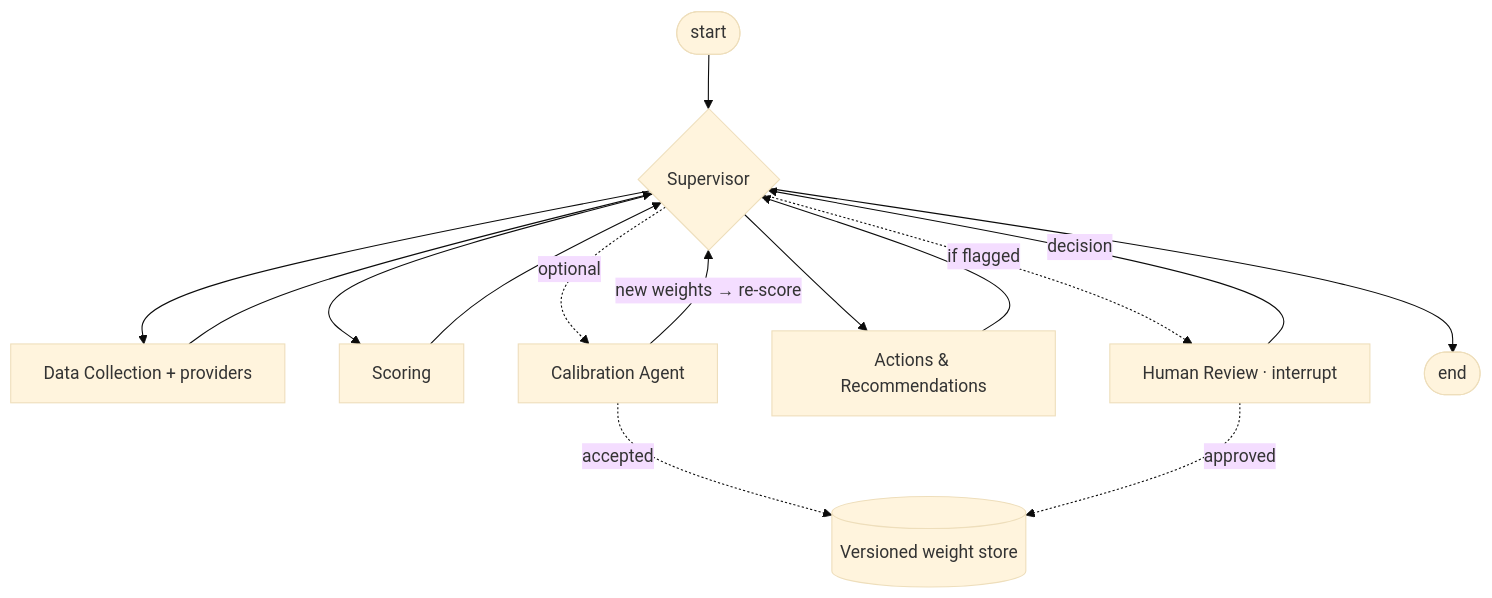
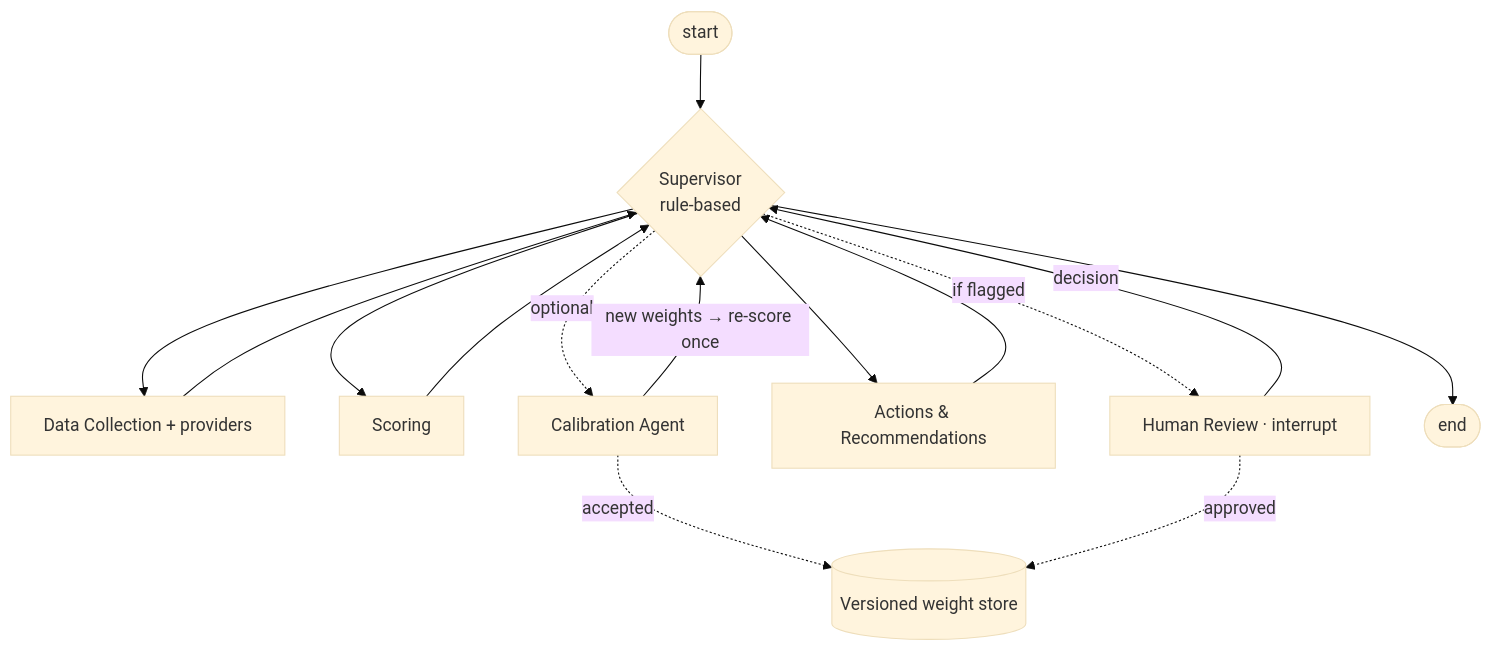
One commit to CsabaRanks/Lean-Agentic-AI-Supplier-Risk-System changed the diagram in README.md. Above: the diagram before and after it, drawn with Mermaid (base theme). The commit also changed other lines of this file and 2 other files, not shown here.

````diff
--- a/README.md
+++ b/README.md
@@ -138,17 +121,17 @@
 ```mermaid
 flowchart TD
-    START([start]) --> SUP{Supervisor}
+    START([start]) --> SUP{Supervisor<br/>rule-based}
     SUP --> DC[Data Collection + providers]
     SUP --> SC[Scoring]
     SUP -. optional .-> CA[Calibration Agent]
     SUP --> RA[Actions & Recommendations]
     SUP -. if flagged .-> HR[Human Review · interrupt]
     DC --> SUP
     SC --> SUP
-    CA -- new weights → re-score --> SUP
+    CA -- new weights → re-score once --> SUP
     RA --> SUP
     HR -- decision --> SUP
     SUP --> END([end])
     CA -. accepted .-> WS[(Versioned weight store)]
     HR -. approved .-> WS
 ```
````
